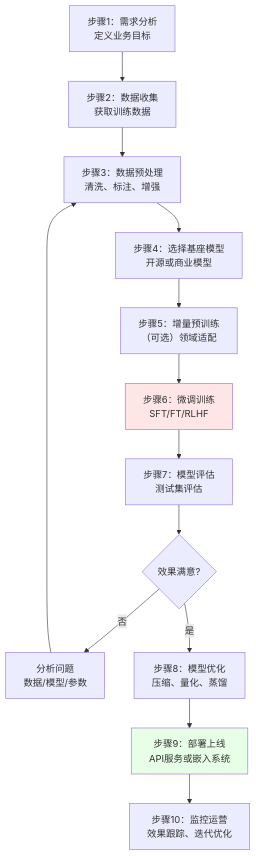
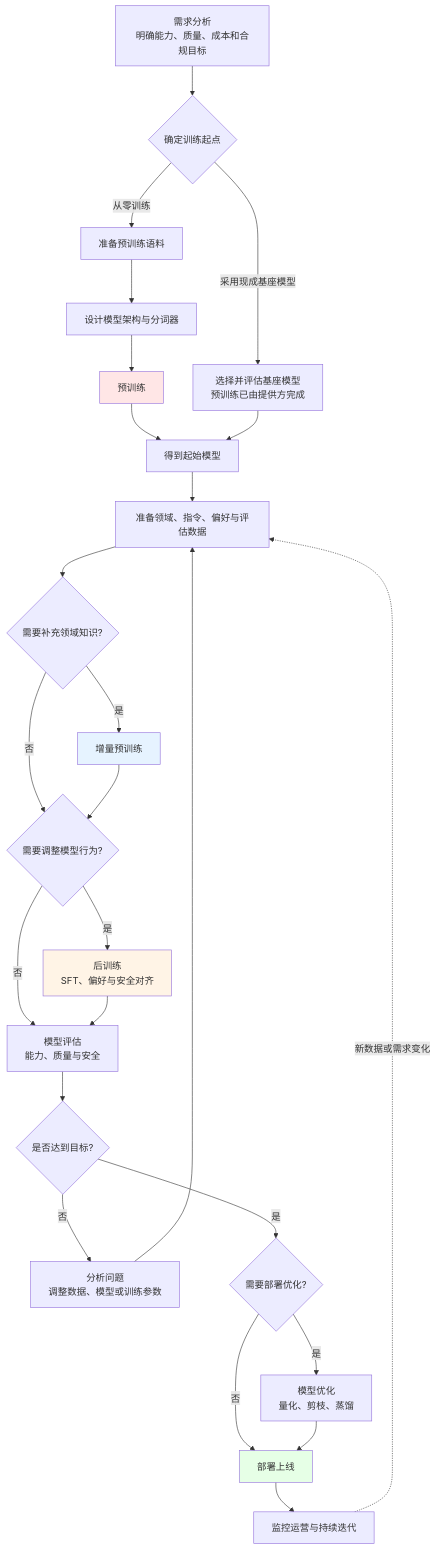
The fourth of 4 diagrams in docs/docs/1000-AI技术/600-训练微调/2000-AI模型训练技术详解.md (gqcn/johns-blog), drawn with Mermaid before and after one commit. The commit also changed other lines of this file and 7 other files, not shown here.

````diff
--- a/docs/docs/1000-AI技术/600-训练微调/2000-AI模型训练技术详解.md
+++ b/docs/docs/1000-AI技术/600-训练微调/2000-AI模型训练技术详解.md
@@ -394,18 +404,35 @@
 ```mermaid
-graph TB
-    A["步骤1：需求分析<br/>定义业务目标"] --> B["步骤2：数据收集<br/>获取训练数据"]
-    B --> C["步骤3：数据预处理<br/>清洗、标注、增强"]
-    C --> D["步骤4：选择基座模型<br/>开源或商业模型"]
-    D --> E["步骤5：增量预训练<br/>（可选）领域适配"]
-    E --> F["步骤6：微调训练<br/>SFT/FT/RLHF"]
-    F --> G["步骤7：模型评估<br/>测试集评估"]
-    G --> H{效果满意?}
-    H -->|否| I["分析问题<br/>数据/模型/参数"]
-    I --> C
-    H -->|是| J["步骤8：模型优化<br/>压缩、量化、蒸馏"]
-    J --> K["步骤9：部署上线<br/>API服务或嵌入系统"]
-    K --> L["步骤10：监控运营<br/>效果跟踪、迭代优化"]
-    
-    style F fill:#ffe6e6
-    style K fill:#e6ffe6
+flowchart TB
+    A["需求分析<br/>明确能力、质量、成本和合规目标"] --> B{"确定训练起点"}
+
+    B -->|从零训练| C["准备预训练语料"]
+    C --> D["设计模型架构与分词器"]
+    D --> E["预训练"]
+    E --> F["得到起始模型"]
+
+    B -->|采用现成基座模型| G["选择并评估基座模型<br/>预训练已由提供方完成"]
+    G --> F
+
+    F --> H["准备领域、指令、偏好与评估数据"]
+    H --> I{"需要补充领域知识?"}
+    I -->|是| J["增量预训练"]
+    I -->|否| K{"需要调整模型行为?"}
+    J --> K
+    K -->|是| L["后训练<br/>SFT、偏好与安全对齐"]
+    K -->|否| M["模型评估<br/>能力、质量与安全"]
+    L --> M
+    M --> N{是否达到目标?}
+    N -->|否| O["分析问题<br/>调整数据、模型或训练参数"]
+    O --> H
+    N -->|是| P{"需要部署优化?"}
+    P -->|是| Q["模型优化<br/>量化、剪枝、蒸馏"]
+    P -->|否| R["部署上线"]
+    Q --> R
+    R --> S["监控运营与持续迭代"]
+    S -.->|新数据或需求变化| H
+
+    style E fill:#ffe6e6
+    style J fill:#e6f3ff
+    style L fill:#fff4e6
+    style R fill:#e6ffe6
 ```
````
